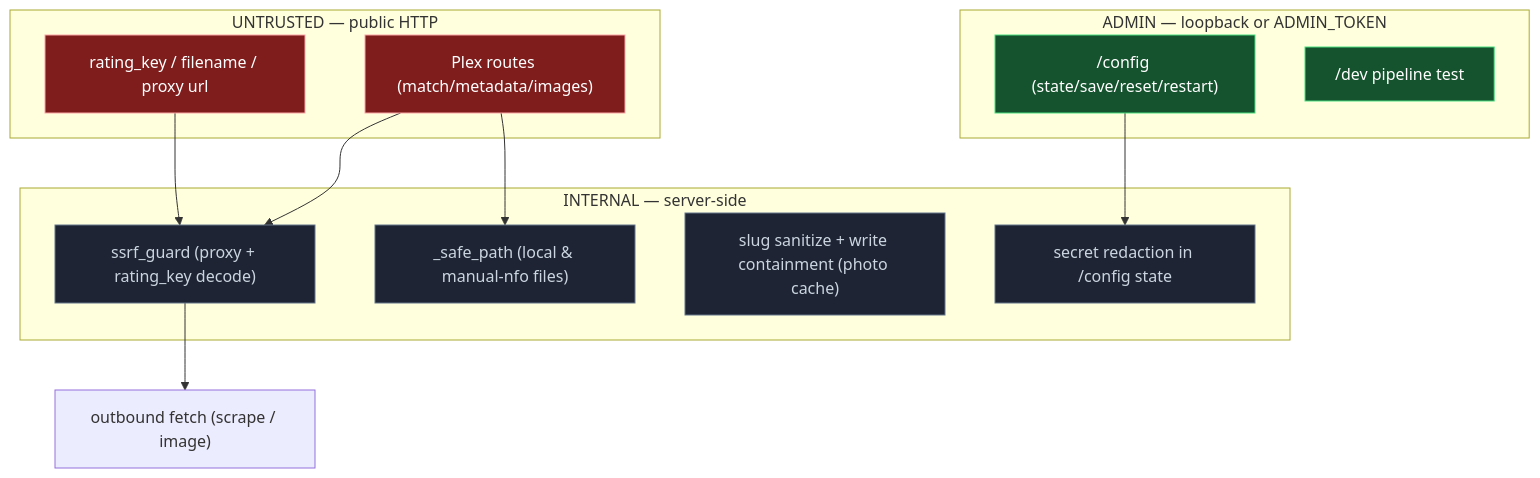
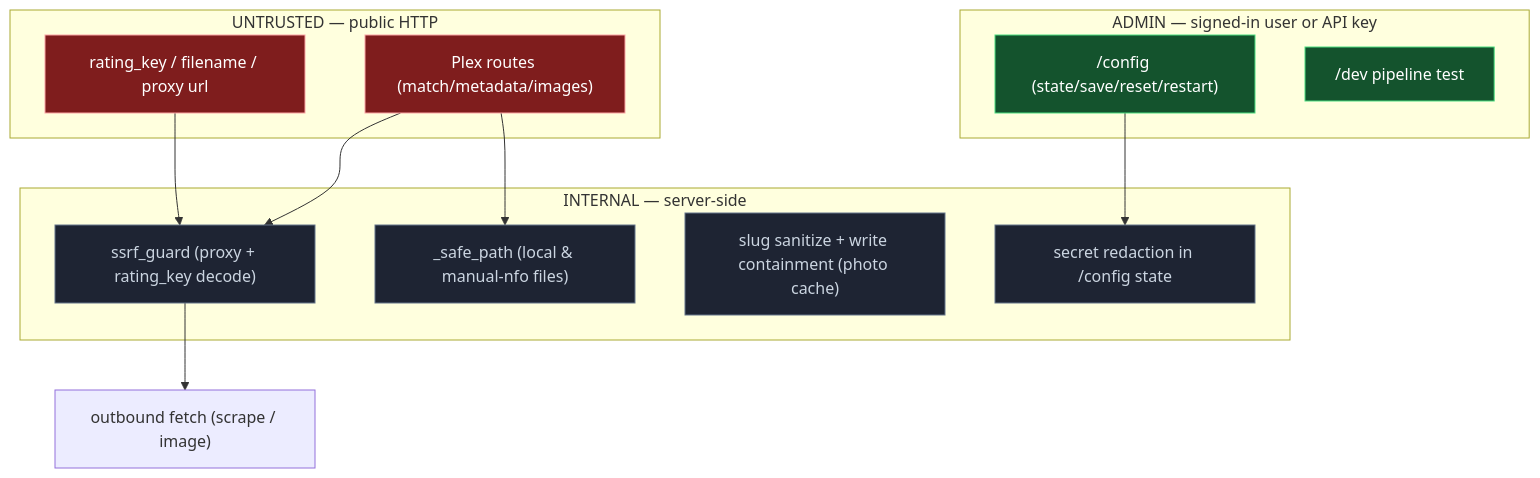
Diagram 15 of 21 in docs/DESIGN.md (PhoenixAdultProvider/PhoenixAdult), drawn with Mermaid before and after one commit. The commit also changed other lines of this file and 17 other files, not shown here.

````diff
--- a/docs/DESIGN.md
+++ b/docs/DESIGN.md
@@ -642,27 +646,27 @@
 ```mermaid
 flowchart TB
   classDef pub fill:#7f1d1d,stroke:#fca5a5,color:#fff;
   classDef adm fill:#14532d,stroke:#4ade80,color:#fff;
   classDef int fill:#1e2433,stroke:#64748b,color:#cbd5e1;
 
   subgraph PUB["UNTRUSTED — public HTTP"]
     p1["Plex routes (match/metadata/images)"]:::pub
     p2["rating_key / filename / proxy url"]:::pub
   end
-  subgraph ADM["ADMIN — loopback or ADMIN_TOKEN"]
+  subgraph ADM["ADMIN — signed-in user or API key"]
     a1["/config (state/save/reset/restart)"]:::adm
     a2["/dev pipeline test"]:::adm
   end
   subgraph INT["INTERNAL — server-side"]
     g1["ssrf_guard (proxy + rating_key decode)"]:::int
     g2["_safe_path (local & manual-nfo files)"]:::int
     g3["slug sanitize + write containment (photo cache)"]:::int
     g4["secret redaction in /config state"]:::int
   end
 
   p1 --> g1
   p2 --> g1
   p1 --> g2
   a1 --> g4
   g1 --> outbound["outbound fetch (scrape / image)"]
 ```
````
